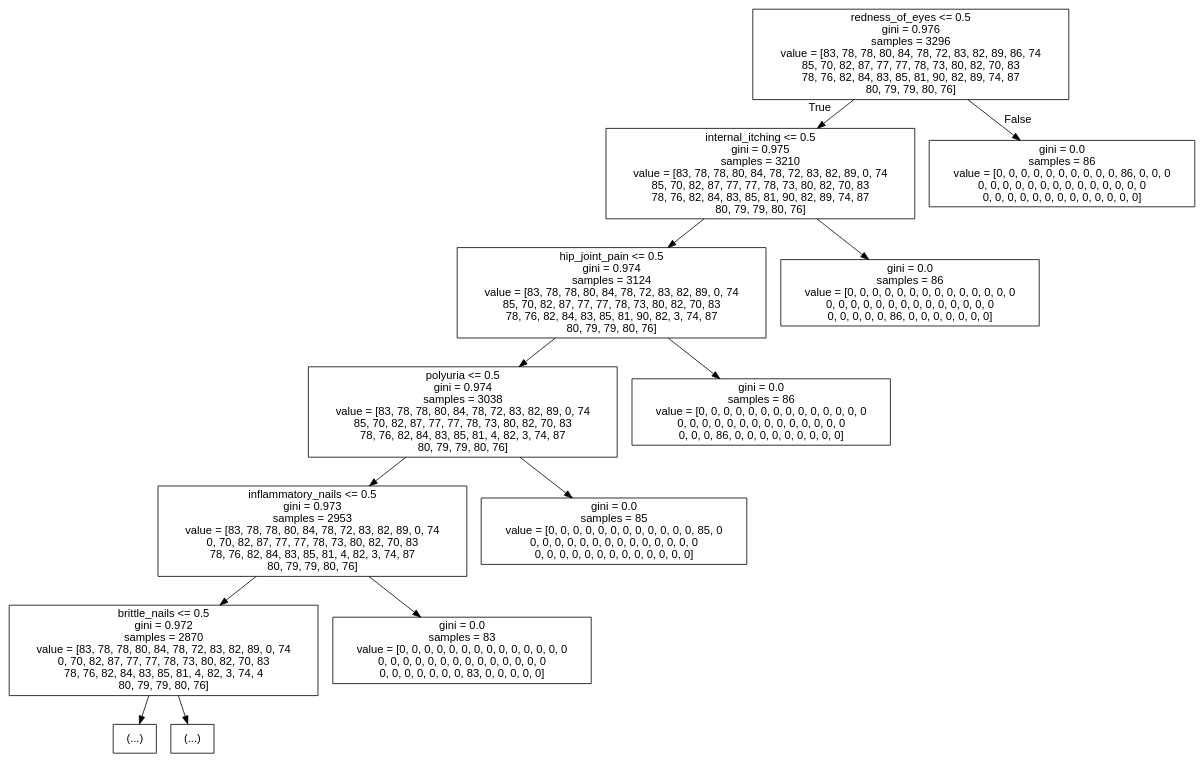
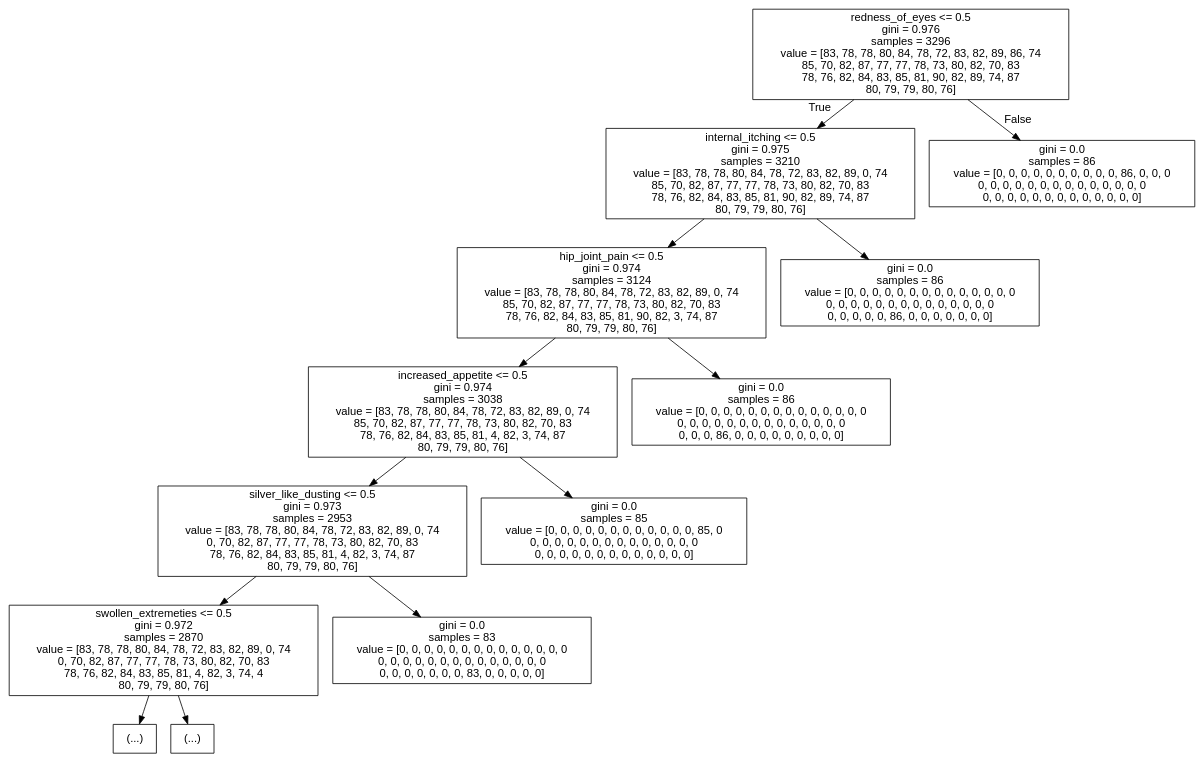
Before and after one commit to techcodebhavesh/TY_ML_CP: the diagram in Disease-Prediction-from-Symptoms-main/tree-top5.dot, drawn with Graphviz. The commit also changed 5 other files, not shown here.

```diff
--- a/Disease-Prediction-from-Symptoms-main/tree-top5.dot
+++ b/Disease-Prediction-from-Symptoms-main/tree-top5.dot
@@ -1,29 +1,29 @@
 digraph Tree {
 node [shape=box, fontname="helvetica"] ;
 edge [fontname="helvetica"] ;
 0 [label="redness_of_eyes <= 0.5\ngini = 0.976\nsamples = 3296\nvalue = [83, 78, 78, 80, 84, 78, 72, 83, 82, 89, 86, 74\n85, 70, 82, 87, 77, 77, 78, 73, 80, 82, 70, 83\n78, 76, 82, 84, 83, 85, 81, 90, 82, 89, 74, 87\n80, 79, 79, 80, 76]"] ;
 1 [label="internal_itching <= 0.5\ngini = 0.975\nsamples = 3210\nvalue = [83, 78, 78, 80, 84, 78, 72, 83, 82, 89, 0, 74\n85, 70, 82, 87, 77, 77, 78, 73, 80, 82, 70, 83\n78, 76, 82, 84, 83, 85, 81, 90, 82, 89, 74, 87\n80, 79, 79, 80, 76]"] ;
 0 -> 1 [labeldistance=2.5, labelangle=45, headlabel="True"] ;
 2 [label="hip_joint_pain <= 0.5\ngini = 0.974\nsamples = 3124\nvalue = [83, 78, 78, 80, 84, 78, 72, 83, 82, 89, 0, 74\n85, 70, 82, 87, 77, 77, 78, 73, 80, 82, 70, 83\n78, 76, 82, 84, 83, 85, 81, 90, 82, 3, 74, 87\n80, 79, 79, 80, 76]"] ;
 1 -> 2 ;
-3 [label="polyuria <= 0.5\ngini = 0.974\nsamples = 3038\nvalue = [83, 78, 78, 80, 84, 78, 72, 83, 82, 89, 0, 74\n85, 70, 82, 87, 77, 77, 78, 73, 80, 82, 70, 83\n78, 76, 82, 84, 83, 85, 81, 4, 82, 3, 74, 87\n80, 79, 79, 80, 76]"] ;
+3 [label="increased_appetite <= 0.5\ngini = 0.974\nsamples = 3038\nvalue = [83, 78, 78, 80, 84, 78, 72, 83, 82, 89, 0, 74\n85, 70, 82, 87, 77, 77, 78, 73, 80, 82, 70, 83\n78, 76, 82, 84, 83, 85, 81, 4, 82, 3, 74, 87\n80, 79, 79, 80, 76]"] ;
 2 -> 3 ;
-4 [label="inflammatory_nails <= 0.5\ngini = 0.973\nsamples = 2953\nvalue = [83, 78, 78, 80, 84, 78, 72, 83, 82, 89, 0, 74\n0, 70, 82, 87, 77, 77, 78, 73, 80, 82, 70, 83\n78, 76, 82, 84, 83, 85, 81, 4, 82, 3, 74, 87\n80, 79, 79, 80, 76]"] ;
+4 [label="silver_like_dusting <= 0.5\ngini = 0.973\nsamples = 2953\nvalue = [83, 78, 78, 80, 84, 78, 72, 83, 82, 89, 0, 74\n0, 70, 82, 87, 77, 77, 78, 73, 80, 82, 70, 83\n78, 76, 82, 84, 83, 85, 81, 4, 82, 3, 74, 87\n80, 79, 79, 80, 76]"] ;
 3 -> 4 ;
-5 [label="brittle_nails <= 0.5\ngini = 0.972\nsamples = 2870\nvalue = [83, 78, 78, 80, 84, 78, 72, 83, 82, 89, 0, 74\n0, 70, 82, 87, 77, 77, 78, 73, 80, 82, 70, 83\n78, 76, 82, 84, 83, 85, 81, 4, 82, 3, 74, 4\n80, 79, 79, 80, 76]"] ;
+5 [label="swollen_extremeties <= 0.5\ngini = 0.972\nsamples = 2870\nvalue = [83, 78, 78, 80, 84, 78, 72, 83, 82, 89, 0, 74\n0, 70, 82, 87, 77, 77, 78, 73, 80, 82, 70, 83\n78, 76, 82, 84, 83, 85, 81, 4, 82, 3, 74, 4\n80, 79, 79, 80, 76]"] ;
 4 -> 5 ;
 6 [label="(...)"] ;
 5 -> 6 ;
 119 [label="(...)"] ;
 5 -> 119 ;
 120 [label="gini = 0.0\nsamples = 83\nvalue = [0, 0, 0, 0, 0, 0, 0, 0, 0, 0, 0, 0, 0, 0\n0, 0, 0, 0, 0, 0, 0, 0, 0, 0, 0, 0, 0, 0\n0, 0, 0, 0, 0, 0, 0, 83, 0, 0, 0, 0, 0]"] ;
 4 -> 120 ;
 121 [label="gini = 0.0\nsamples = 85\nvalue = [0, 0, 0, 0, 0, 0, 0, 0, 0, 0, 0, 0, 85, 0\n0, 0, 0, 0, 0, 0, 0, 0, 0, 0, 0, 0, 0, 0\n0, 0, 0, 0, 0, 0, 0, 0, 0, 0, 0, 0, 0]"] ;
 3 -> 121 ;
 122 [label="gini = 0.0\nsamples = 86\nvalue = [0, 0, 0, 0, 0, 0, 0, 0, 0, 0, 0, 0, 0, 0\n0, 0, 0, 0, 0, 0, 0, 0, 0, 0, 0, 0, 0, 0\n0, 0, 0, 86, 0, 0, 0, 0, 0, 0, 0, 0, 0]"] ;
 2 -> 122 ;
 123 [label="gini = 0.0\nsamples = 86\nvalue = [0, 0, 0, 0, 0, 0, 0, 0, 0, 0, 0, 0, 0, 0\n0, 0, 0, 0, 0, 0, 0, 0, 0, 0, 0, 0, 0, 0\n0, 0, 0, 0, 0, 86, 0, 0, 0, 0, 0, 0, 0]"] ;
 1 -> 123 ;
 124 [label="gini = 0.0\nsamples = 86\nvalue = [0, 0, 0, 0, 0, 0, 0, 0, 0, 0, 86, 0, 0, 0\n0, 0, 0, 0, 0, 0, 0, 0, 0, 0, 0, 0, 0, 0\n0, 0, 0, 0, 0, 0, 0, 0, 0, 0, 0, 0, 0]"] ;
 0 -> 124 [labeldistance=2.5, labelangle=-45, headlabel="False"] ;
 }
```
